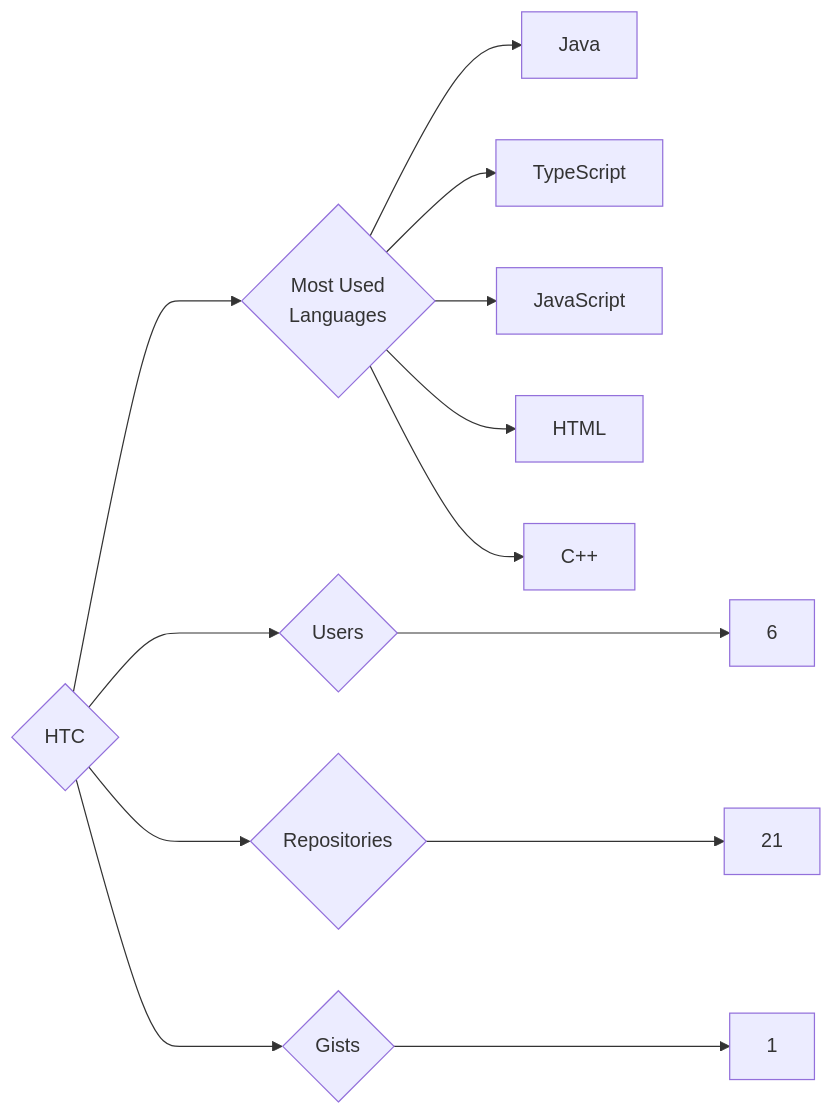
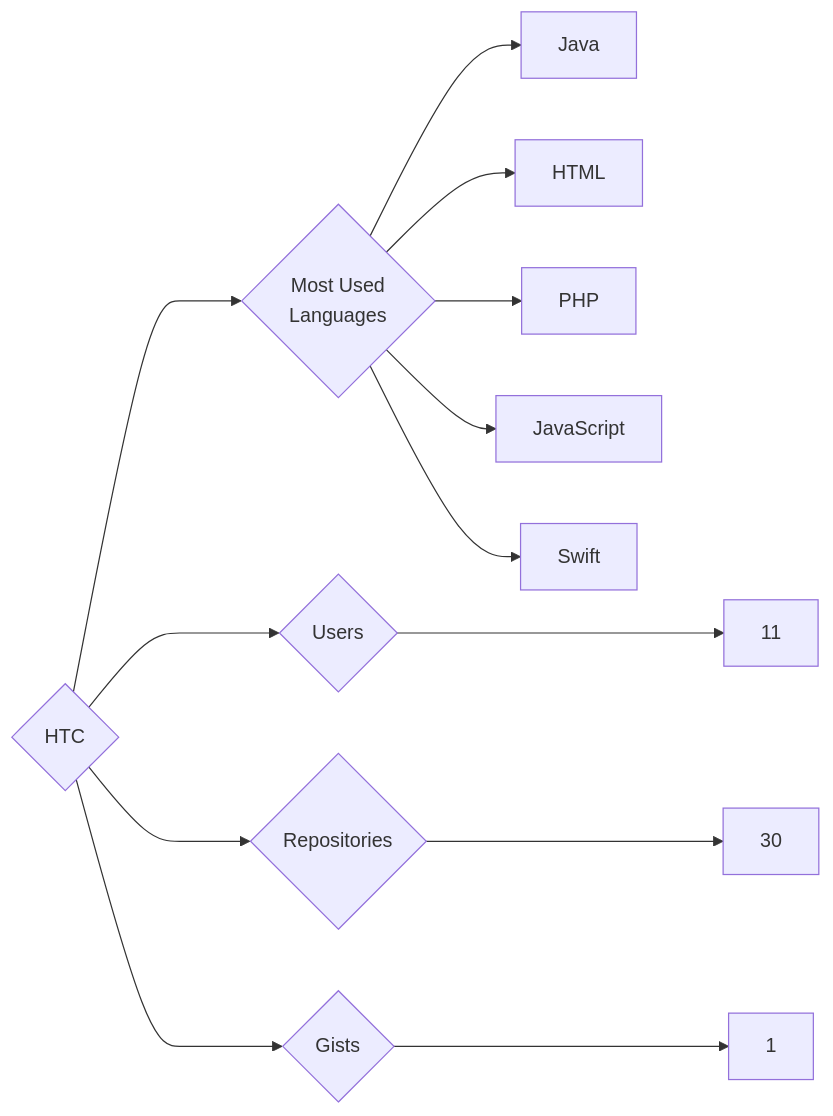
One commit to trickest/insiders changed the diagram in targets/HTC/README.md. Above: the diagram before and after it, drawn with Mermaid. The commit also changed 1238 other files, not shown here.

````diff
--- a/targets/HTC/README.md
+++ b/targets/HTC/README.md
@@ -3,13 +3,13 @@
 ```mermaid
 graph LR
 COMPANY_NAME{HTC}
-COMPANY_NAME ---> U{Users} ---> UN[6]
-COMPANY_NAME ---> R{Repositories} ---> RN[21]
+COMPANY_NAME ---> U{Users} ---> UN[11]
+COMPANY_NAME ---> R{Repositories} ---> RN[30]
 COMPANY_NAME ---> G{Gists} ---> GN[1]
 COMPANY_NAME ---> ML{Most Used<br>Languages}
 ML --> Java[Java]
-ML --> TypeScript[TypeScript]
+ML --> HTML[HTML]
+ML --> PHP[PHP]
 ML --> JavaScript[JavaScript]
-ML --> HTML[HTML]
-ML --> C++[C++]
+ML --> Swift[Swift]
 ```
````
